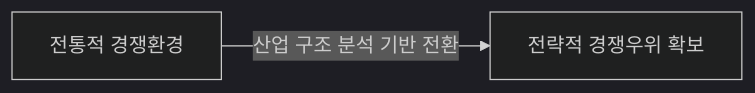
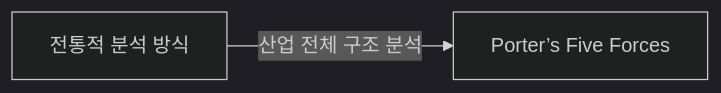
Before and after one commit to jeonck/fw-thinking: the first of 3 diagrams in docs/01-it-governance/porters-5-forces.md, drawn with Mermaid (dark theme). The commit also changed other lines of this file and 123 other files, not shown here.

````diff
--- a/docs/01-it-governance/porters-5-forces.md
+++ b/docs/01-it-governance/porters-5-forces.md
@@ -9,4 +10,4 @@
 ```mermaid
 flowchart LR
-    A["전통적 경쟁환경"] -- "산업 구조 분석 기반 전환" --> B["전략적 경쟁우위 확보"]
+    A["전통적 분석 방식"] -- "산업 전체 구조 분석" --> B["Porter’s Five Forces"]
 ```
````
